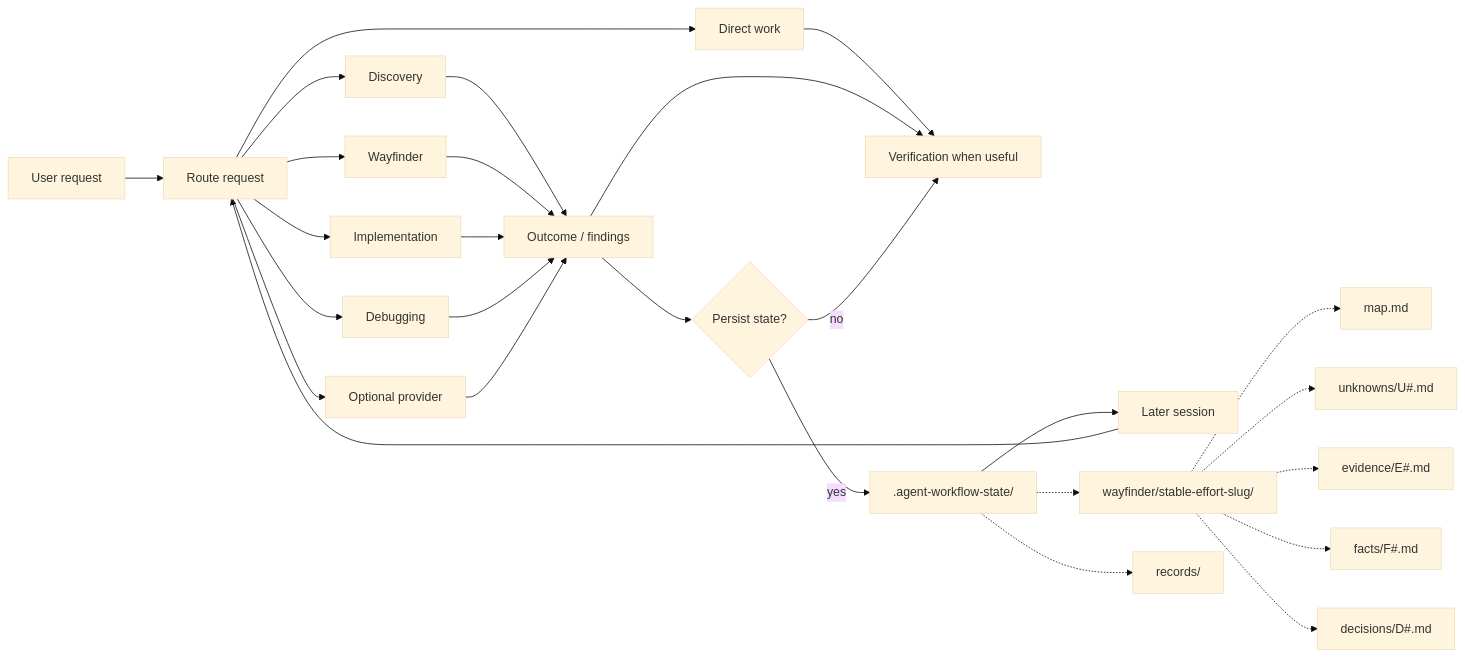
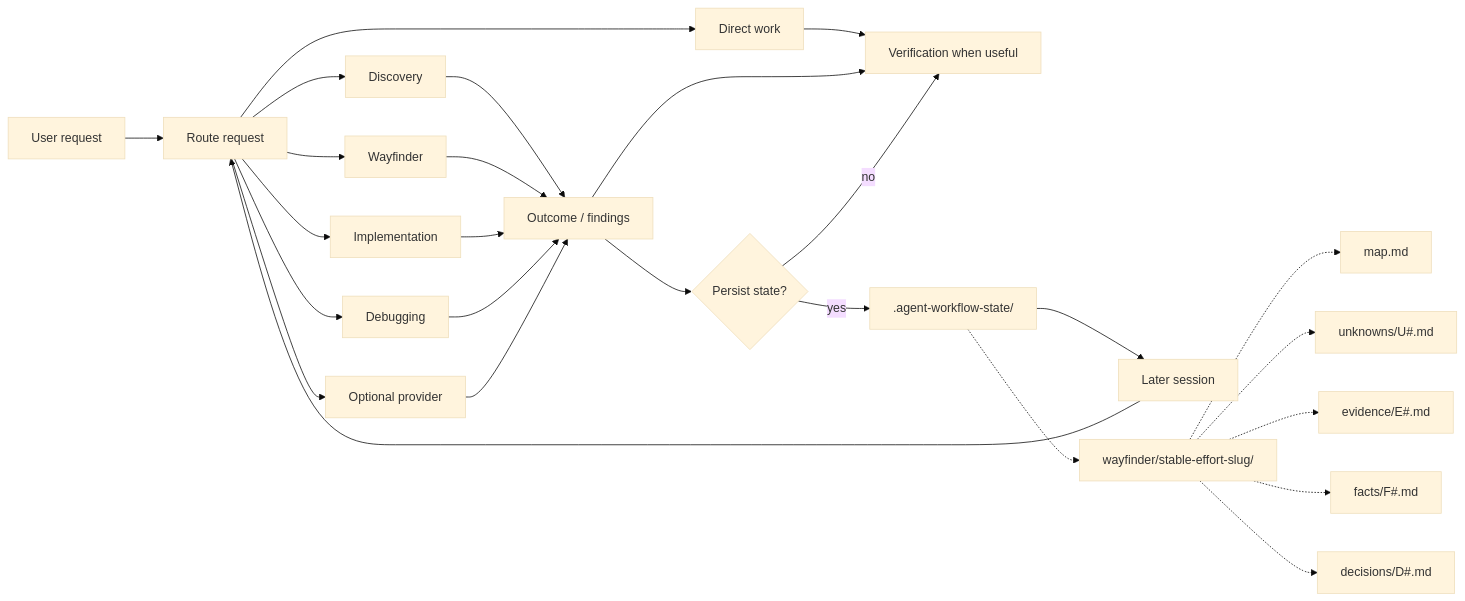
The diagram in README.md (jimmfan/agentic-workflow), drawn with Mermaid (base theme) before and after one commit. The commit also changed other lines of this file and 39 other files, not shown here.

````diff
--- a/README.md
+++ b/README.md
@@ -48,36 +48,35 @@
 ```mermaid
 flowchart LR
     request["User request"] --> router["Route request"]
 
     router --> direct["Direct work"]
     router --> discovery["Discovery"]
     router --> wayfinder["Wayfinder"]
     router --> implementation["Implementation"]
     router --> debugging["Debugging"]
     router --> provider["Optional provider"]
 
     discovery --> result["Outcome / findings"]
     wayfinder --> result
     implementation --> result
     debugging --> result
     provider --> result
 
     direct --> verify["Verification when useful"]
     result --> verify
 
     result --> durable{"Persist state?"}
     durable -->|no| verify
     durable -->|yes| state[".agent-workflow-state/"]
 
     state --> resume["Later session"]
     resume --> router
 
     state -.-> wfstate["wayfinder/stable-effort-slug/"]
     wfstate -.-> map["map.md"]
     wfstate -.-> unknowns["unknowns/U#.md"]
     wfstate -.-> evidence["evidence/E#.md"]
     wfstate -.-> facts["facts/F#.md"]
     wfstate -.-> decisions["decisions/D#.md"]
 
-    state -.-> records["records/"]
 ```
````
